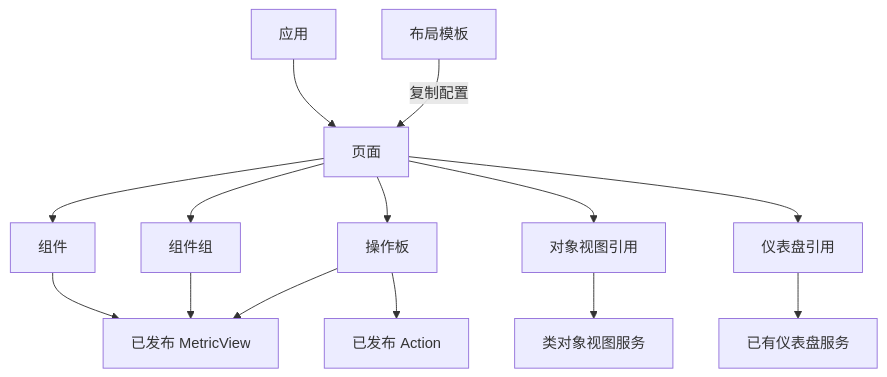
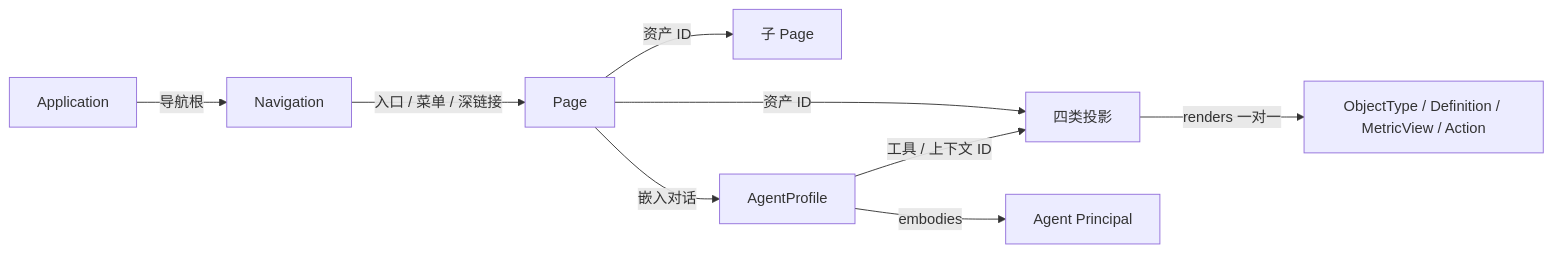
One commit to ontomato-ai/Ontomato changed the diagram in docs/产品层设计与整合说明.md. Above: the diagram before and after it, drawn with Mermaid. The commit also changed other lines of this file and 173 other files, not shown here.

````diff
--- a/docs/产品层设计与整合说明.md
+++ b/docs/产品层设计与整合说明.md
@@ -158,16 +22,11 @@
 ```mermaid
-flowchart TD
-  App[应用] --> Page[页面]
-  Template[布局模板] -->|复制配置| Page
-  Page --> Widget[组件]
-  Page --> Group[组件组]
-  Page --> Panel[操作板]
-  Page --> Object[对象视图引用]
-  Page --> Dashboard[仪表盘引用]
-  Widget --> Metric[已发布 MetricView]
-  Group --> Metric
-  Panel --> Action[已发布 Action]
-  Panel --> Metric
-  Object --> ObjectService[类对象视图服务]
-  Dashboard --> DashboardService[已有仪表盘服务]
+flowchart LR
+  App[Application] -->|导航根| Nav[Navigation]
+  Nav -->|入口 / 菜单 / 深链接| Page[Page]
+  Page -->|资产 ID| Sub[子 Page]
+  Page -->|资产 ID| Projection[四类投影]
+  Page -->|嵌入对话| Profile[AgentProfile]
+  Profile -->|工具 / 上下文 ID| Projection
+  Profile -->|embodies| Principal[Agent Principal]
+  Projection -->|renders 一对一| Ontology[ObjectType / Definition / MetricView / Action]
 ```
````
